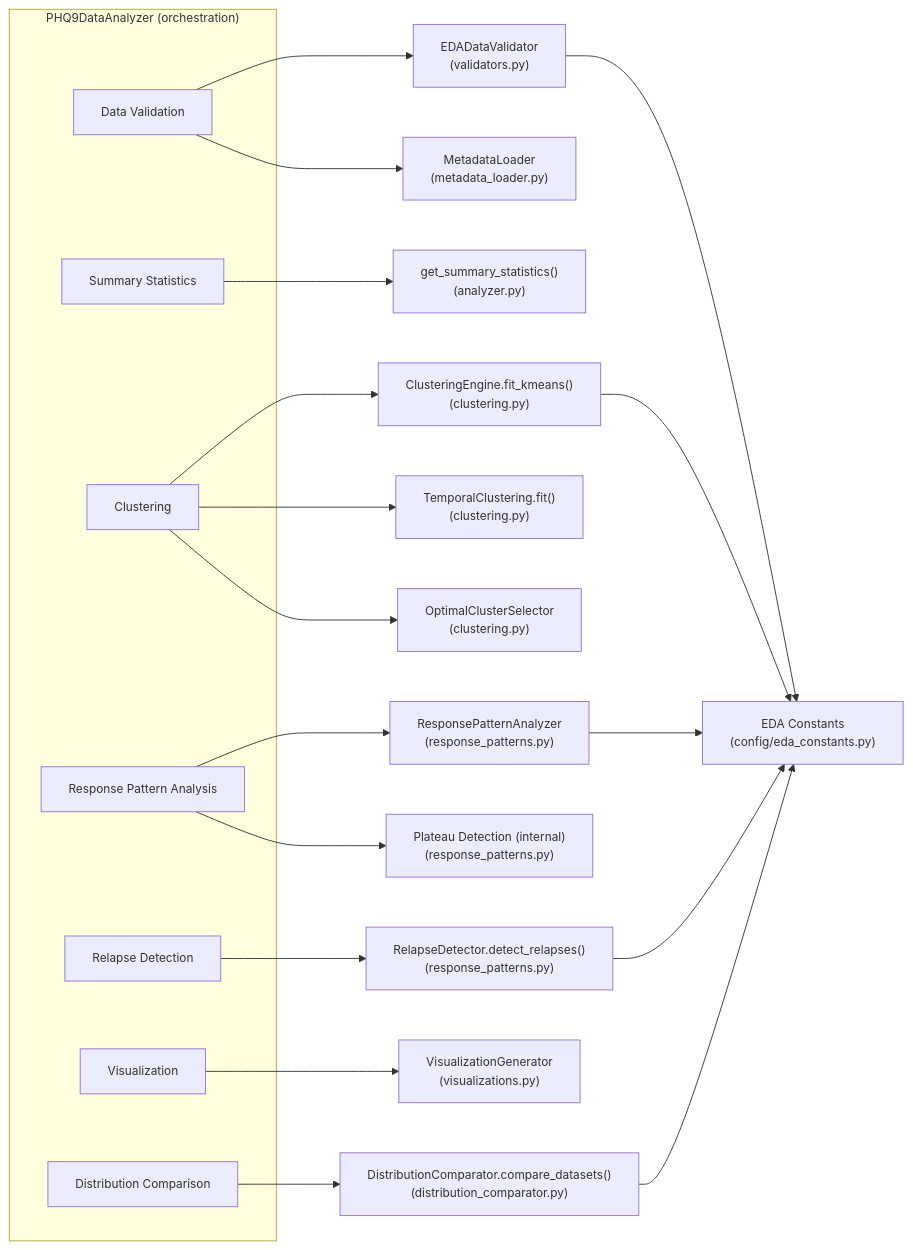
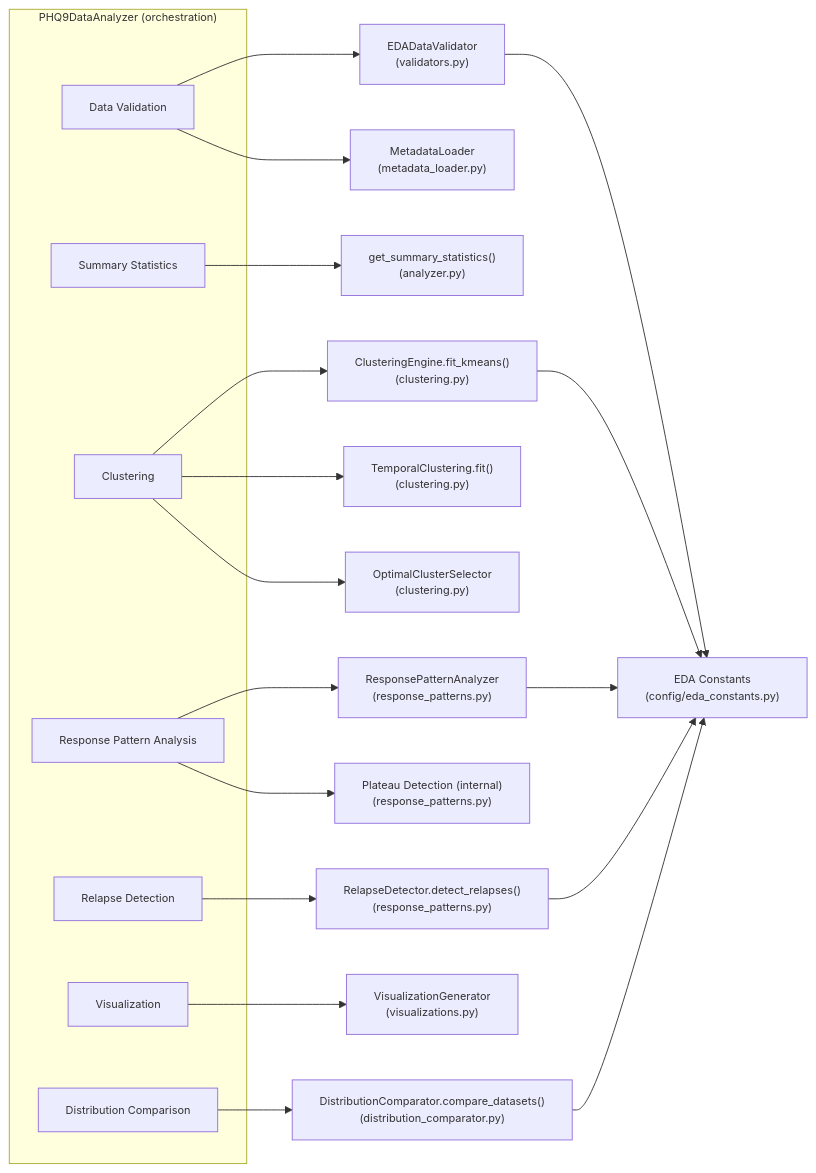
One commit to satyaki-mitra/Temporal-Changepoint-Detection changed the diagram in src/eda/README.md. Above: the diagram before and after it, drawn with Mermaid.

Commit message:
Addition of EDA module

````diff
--- a/src/eda/README.md
+++ b/src/eda/README.md
@@ -42,50 +42,50 @@
 ```mermaid
 %%{init: {
-  "flowchart": {"nodeSpacing": 55, "rankSpacing": 70},
-  "themeVariables": {"fontSize": "13px"}
+  "flowchart": {"nodeSpacing": 50, "rankSpacing": 50},
+  "themeVariables": {"fontSize": "12px"}
 }}%%
 flowchart LR
 
 subgraph Analyzer["PHQ9DataAnalyzer (orchestration)"]
   V[Data Validation]
   S[Summary Statistics]
   C[Clustering]
   R[Response Pattern Analysis]
   L[Relapse Detection]
   Z[Visualization]
   D[Distribution Comparison]
 end
 
 %% Validation
 V --> V1["EDADataValidator<br/>(validators.py)"]
 V --> V2["MetadataLoader<br/>(metadata_loader.py)"]
 
 %% Statistics
 S --> S1["get_summary_statistics()<br/>(analyzer.py)"]
 
 %% Clustering
 C --> C1["ClusteringEngine.fit_kmeans()<br/>(clustering.py)"]
 C --> C2["TemporalClustering.fit()<br/>(clustering.py)"]
 C --> C3["OptimalClusterSelector<br/>(clustering.py)"]
 
 %% Response patterns
 R --> R1["ResponsePatternAnalyzer<br/>(response_patterns.py)"]
 R --> R2["Plateau Detection (internal)<br/>(response_patterns.py)"]
 
 %% Relapse
 L --> L1["RelapseDetector.detect_relapses()<br/>(response_patterns.py)"]
 
 %% Visualization
 Z --> Z1["VisualizationGenerator<br/>(visualizations.py)"]
 
 %% Distribution comparison
 D --> D1["DistributionComparator.compare_datasets()<br/>(distribution_comparator.py)"]
 
 %% Shared constants
 E["EDA Constants<br/>(config/eda_constants.py)"]
 V1 --> E
 C1 --> E
 R1 --> E
 L1 --> E
 D1 --> E
 ```
````
